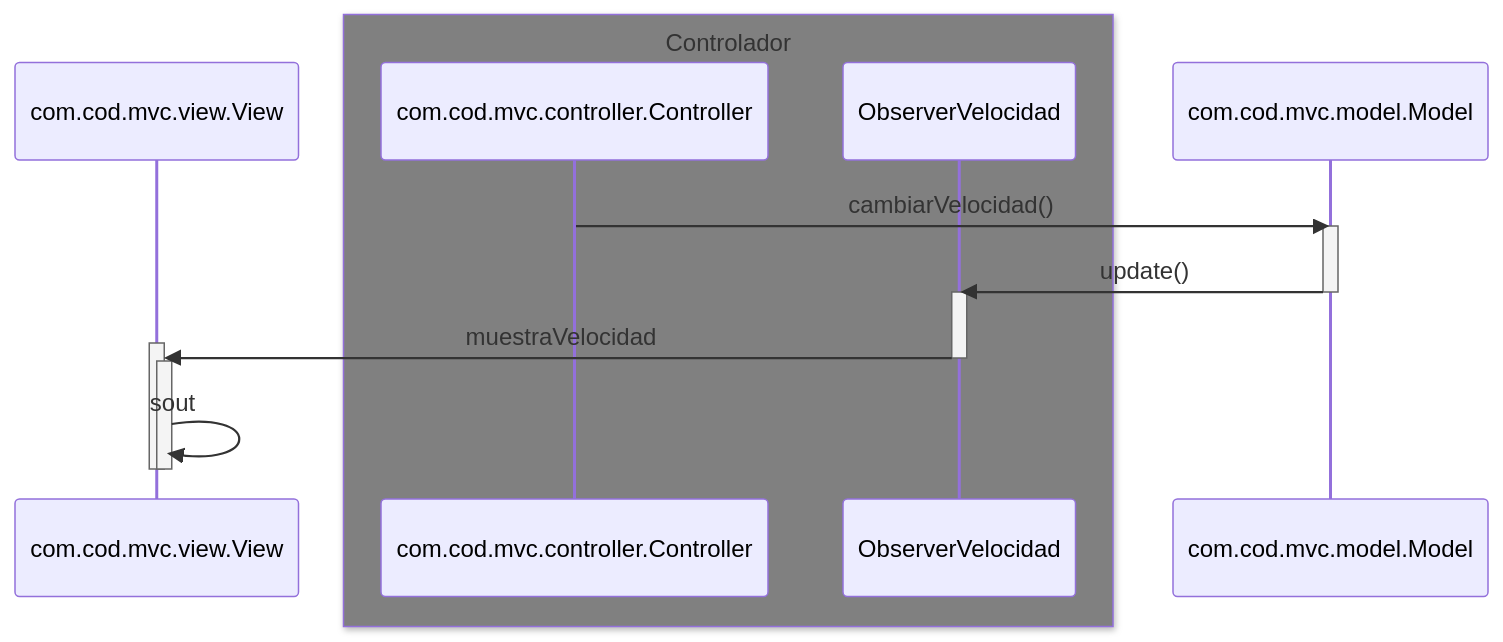
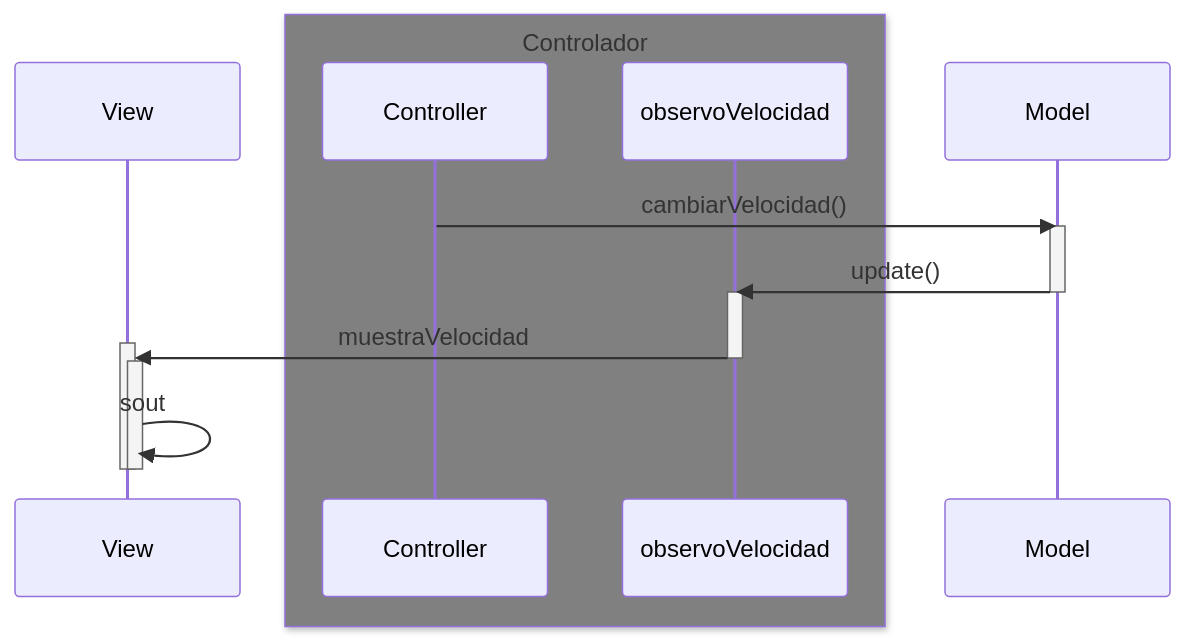
Before and after one commit to ilopezbrion/MVC_coches_observer: the third of 4 diagrams in Readme.md, drawn with Mermaid. The commit also changed other lines of this file, not shown here.

````diff
--- a/Readme.md
+++ b/Readme.md
@@ -77,20 +78,20 @@
 ```mermaid
 sequenceDiagram
-    participant com.cod.mvc.view.View
+    participant View
     box gray Controlador
-    participant com.cod.mvc.controller.Controller
-    participant ObserverVelocidad
+    participant Controller
+    participant observoVelocidad
     end
-    participant com.cod.mvc.model.Model
+    participant Model
 
-    com.cod.mvc.controller.Controller->>com.cod.mvc.model.Model: cambiarVelocidad()
-    activate com.cod.mvc.model.Model
-    com.cod.mvc.model.Model->>ObserverVelocidad: update()
-    deactivate com.cod.mvc.model.Model
-    activate ObserverVelocidad
-    ObserverVelocidad->>+com.cod.mvc.view.View: muestraVelocidad
-    deactivate ObserverVelocidad
-    activate com.cod.mvc.view.View
-    com.cod.mvc.view.View->>-com.cod.mvc.view.View: sout
-    deactivate com.cod.mvc.view.View
+    Controller->>Model: cambiarVelocidad()
+    activate Model
+    Model->>observoVelocidad: update()
+    deactivate Model
+    activate observoVelocidad
+    observoVelocidad->>+View: muestraVelocidad
+    deactivate observoVelocidad
+    activate View
+    View->>-View: sout
+    deactivate View
 ```
````
